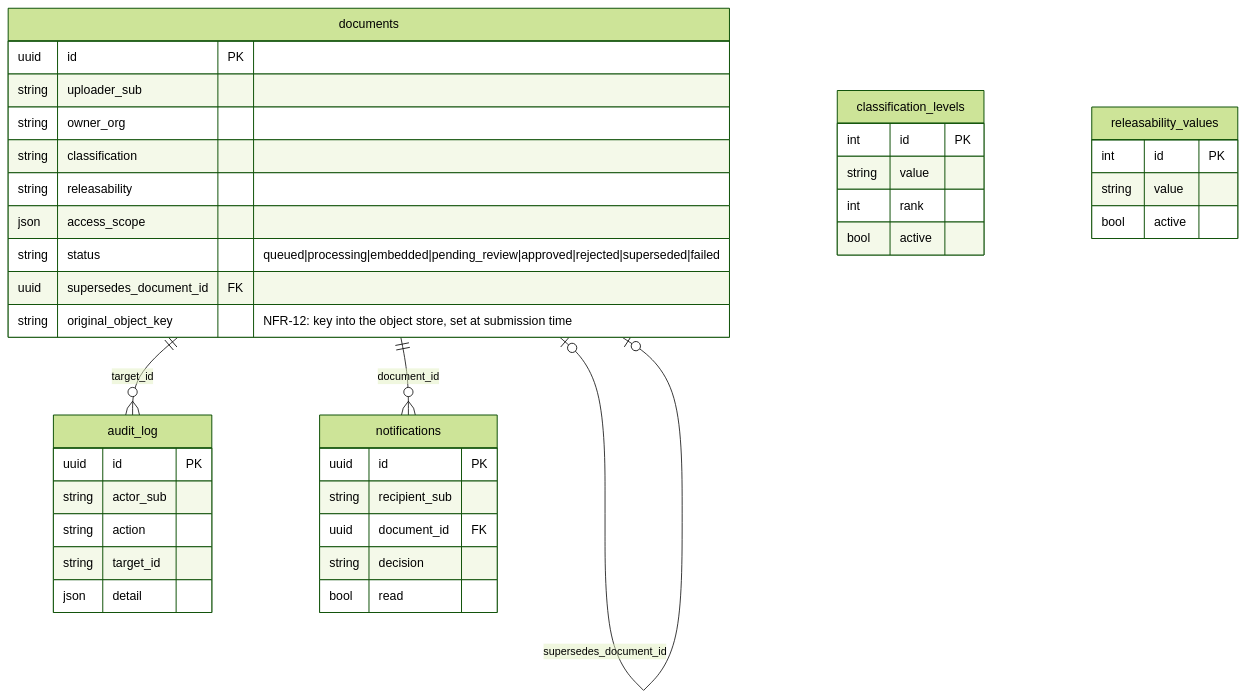
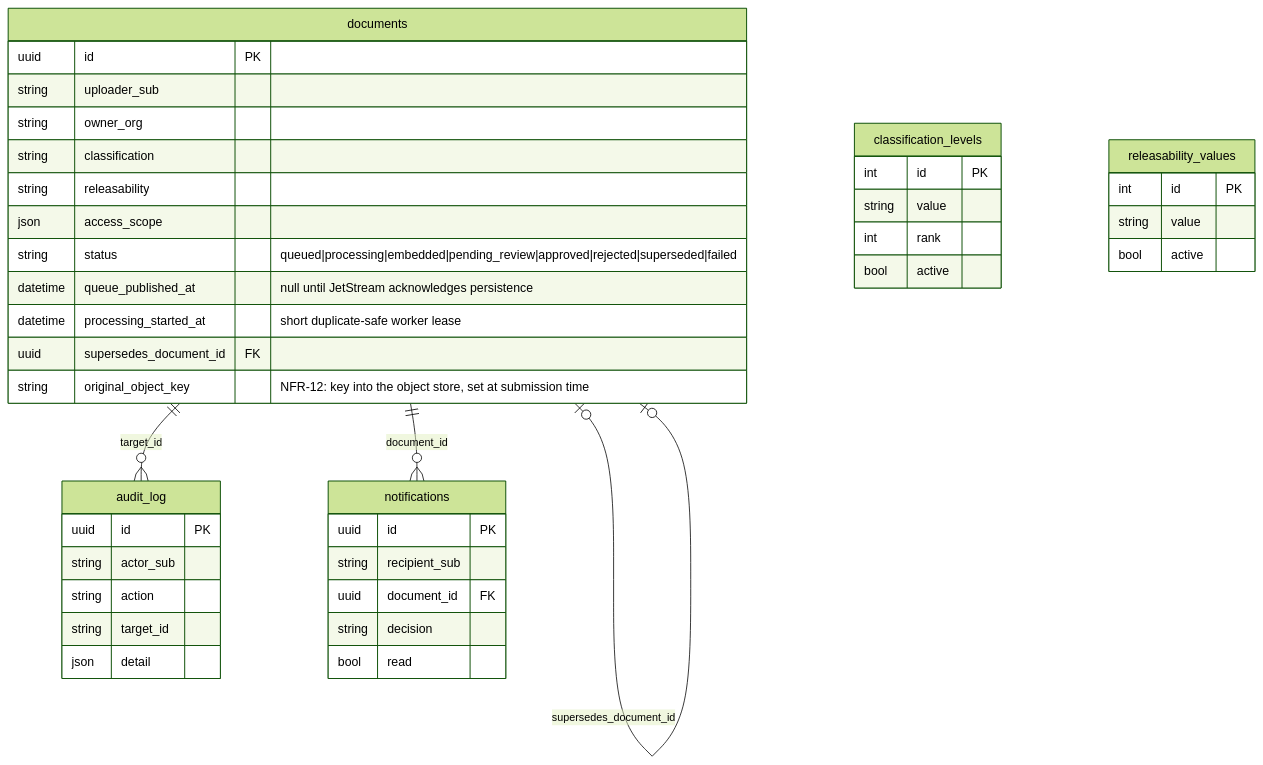
One commit to allamiro/nexus-rag changed the second of 8 diagrams in ARCHITECTURE.md. Above: the diagram before and after it, drawn with Mermaid (forest theme). The commit also changed other lines of this file and 36 other files, not shown here.

````diff
--- a/ARCHITECTURE.md
+++ b/ARCHITECTURE.md
@@ -76,43 +77,45 @@
 ```mermaid
 erDiagram
     documents ||--o{ audit_log : "target_id"
     documents ||--o{ notifications : "document_id"
     documents |o--o| documents : "supersedes_document_id"
 
     documents {
         uuid id PK
         string uploader_sub
         string owner_org
         string classification
         string releasability
         json access_scope
         string status "queued|processing|embedded|pending_review|approved|rejected|superseded|failed"
+        datetime queue_published_at "null until JetStream acknowledges persistence"
+        datetime processing_started_at "short duplicate-safe worker lease"
         uuid supersedes_document_id FK
         string original_object_key "NFR-12: key into the object store, set at submission time"
     }
     audit_log {
         uuid id PK
         string actor_sub
         string action
         string target_id
         json detail
     }
     notifications {
         uuid id PK
         string recipient_sub
         uuid document_id FK
         string decision
         bool read
     }
     classification_levels {
         int id PK
         string value
         int rank
         bool active
     }
     releasability_values {
         int id PK
         string value
         bool active
     }
 ```
````
